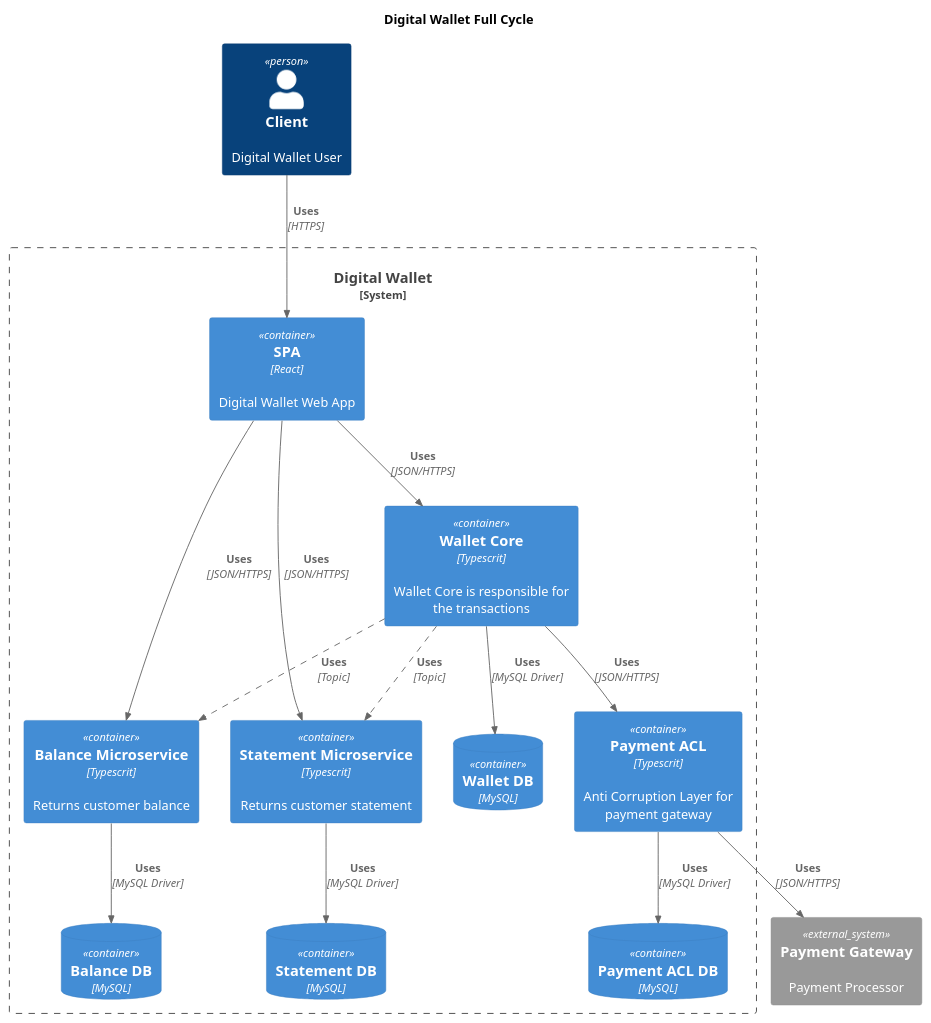
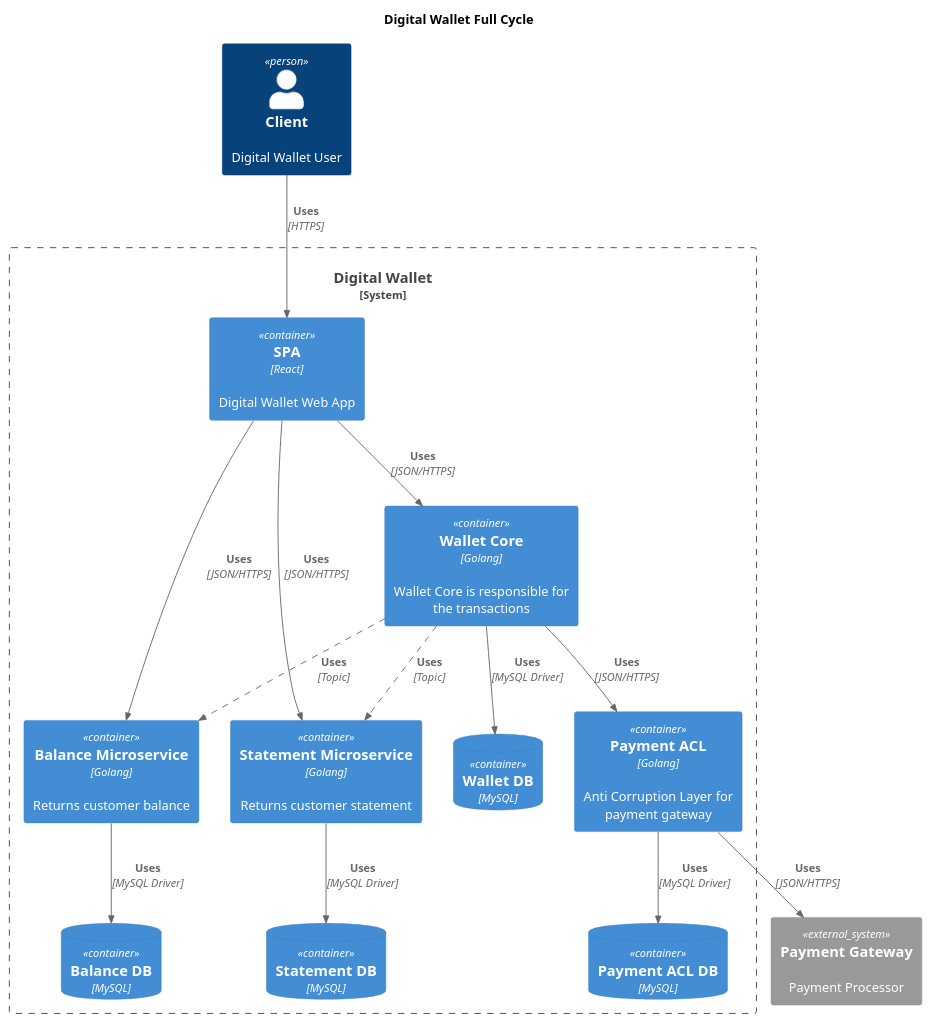
One commit to DerivedPuma7/fullcycle-eda-desafio changed the diagram in balance/containers.puml. Above: the diagram before and after it, drawn with PlantUML. The commit also changed 1 other file, not shown here.

```diff
--- a/balance/containers.puml
+++ b/balance/containers.puml
@@ -1,41 +1,41 @@
 @startuml Diagram
 !include https://raw.githubusercontent.com/plantuml-stdlib/C4-PlantUML/master/C4_Container.puml
 AddRelTag("async", $lineStyle = DashedLine())
 
 title "Digital Wallet Full Cycle"
 
 Person(client, "Client", "Digital Wallet User")
 System_Ext(payment_gateway, "Payment Gateway", "Payment Processor")
 
 System_Boundary(digital_wallet, "Digital Wallet") {
   Container(spa, "SPA", "React", "Digital Wallet Web App")
-  Container(wallet_core, "Wallet Core", "Typescrit", "Wallet Core is responsible for the transactions")
-  Container(balance_service, "Balance Microservice", "Typescrit", "Returns customer balance")
-  Container(statement_service, "Statement Microservice", "Typescrit", "Returns customer statement")
-  Container(payment_acl, "Payment ACL", "Typescrit", "Anti Corruption Layer for payment gateway")
+  Container(wallet_core, "Wallet Core", "Golang", "Wallet Core is responsible for the transactions")
+  Container(balance_service, "Balance Microservice", "Golang", "Returns customer balance")
+  Container(statement_service, "Statement Microservice", "Golang", "Returns customer statement")
+  Container(payment_acl, "Payment ACL", "Golang", "Anti Corruption Layer for payment gateway")
 
   ContainerDb(wallet_core_db, "Wallet DB", "MySQL")
   Rel(wallet_core, wallet_core_db, "Uses", "MySQL Driver")
 
   ContainerDb(balance_db, "Balance DB", "MySQL")
   Rel(balance_service, balance_db, "Uses", "MySQL Driver")
 
   ContainerDb(statement_db, "Statement DB", "MySQL")
   Rel(statement_service, statement_db, "Uses", "MySQL Driver")
 
   ContainerDb(payment_acl_db, "Payment ACL DB", "MySQL")
   Rel(payment_acl, payment_acl_db, "Uses", "MySQL Driver")
 
   Rel(client, spa, "Uses", "HTTPS")
   Rel(spa, wallet_core, "Uses", "JSON/HTTPS")
   Rel(spa, balance_service, "Uses", "JSON/HTTPS")
   Rel(spa, statement_service, "Uses", "JSON/HTTPS")
 
   Rel(wallet_core, payment_acl, "Uses", "JSON/HTTPS")
   Rel(payment_acl, payment_gateway, "Uses", "JSON/HTTPS")
 
   Rel(wallet_core, balance_service, "Uses", "Topic", $tags = "async")
   Rel(wallet_core, statement_service, "Uses", "Topic", $tags = "async")
 }
 
 @enduml
```
